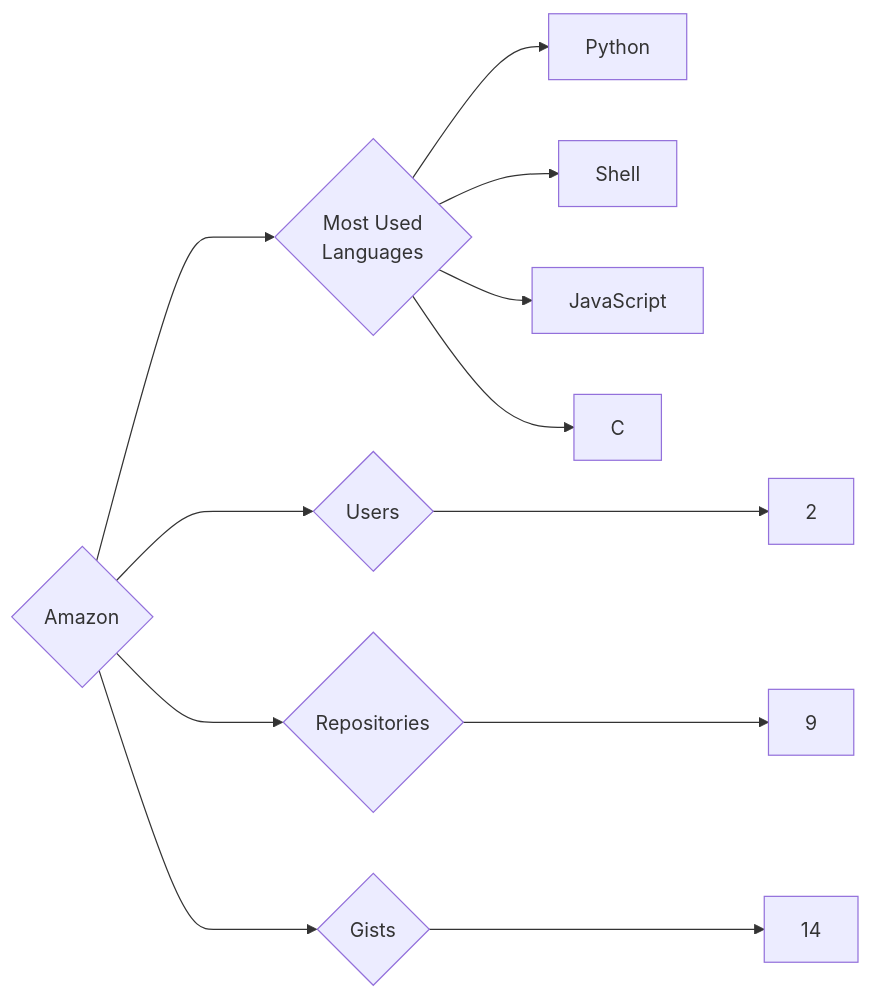
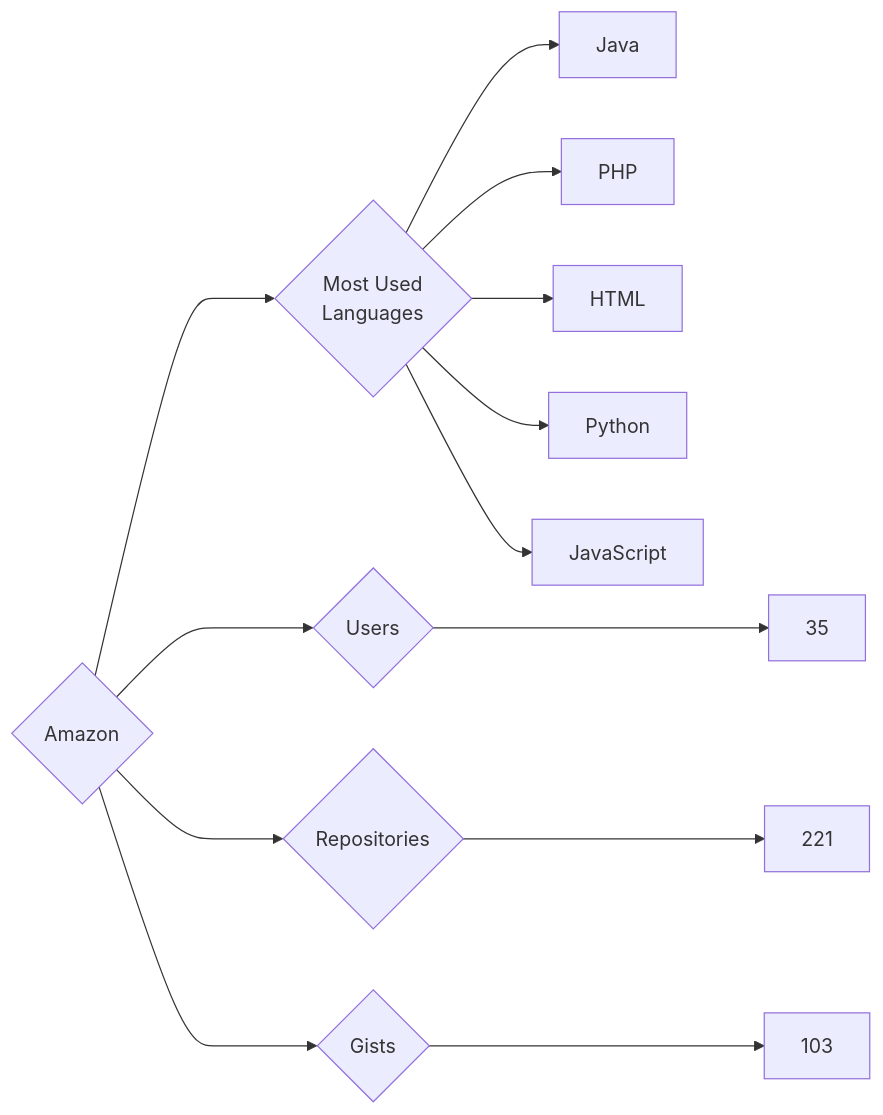
The diagram in targets/Amazon/README.md (trickest/insiders), drawn with Mermaid before and after one commit. The commit also changed 611 other files, not shown here.

````diff
--- a/targets/Amazon/README.md
+++ b/targets/Amazon/README.md
@@ -3,12 +3,13 @@
 ```mermaid
 graph LR
 COMPANY_NAME{Amazon}
-COMPANY_NAME ---> U{Users} ---> UN[2]
-COMPANY_NAME ---> R{Repositories} ---> RN[9]
-COMPANY_NAME ---> G{Gists} ---> GN[14]
+COMPANY_NAME ---> U{Users} ---> UN[35]
+COMPANY_NAME ---> R{Repositories} ---> RN[221]
+COMPANY_NAME ---> G{Gists} ---> GN[103]
 COMPANY_NAME ---> ML{Most Used<br>Languages}
+ML --> Java[Java]
+ML --> PHP[PHP]
+ML --> HTML[HTML]
 ML --> Python[Python]
-ML --> Shell[Shell]
 ML --> JavaScript[JavaScript]
-ML --> C[C]
 ```
````
